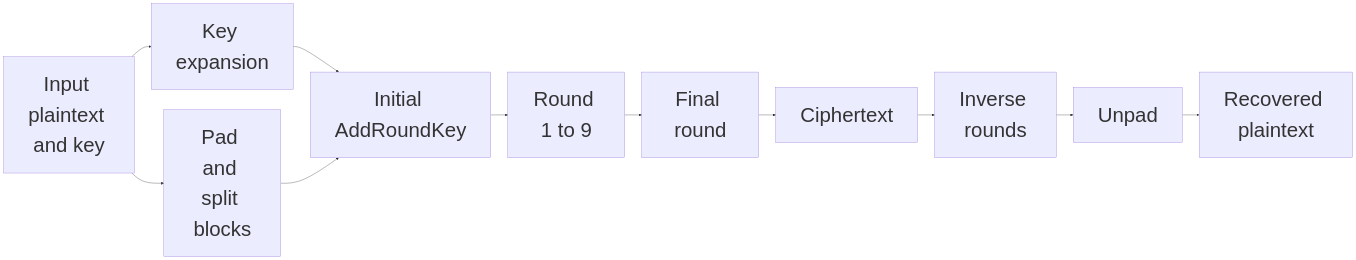
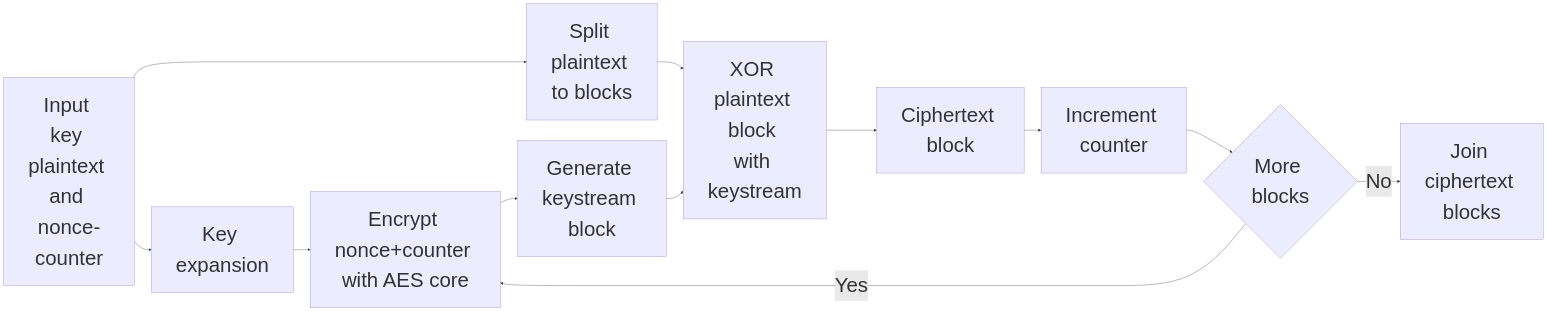
The first of 7 diagrams in docs/mermaid-diagrams.md (QuangManhAI/crypto-newbie), drawn with Mermaid before and after one commit. The commit also changed other lines of this file and 556 other files, not shown here.

````diff
--- a/docs/mermaid-diagrams.md
+++ b/docs/mermaid-diagrams.md
@@ -5,20 +5,22 @@
 ```mermaid
 %%{init: {'themeVariables': {'fontSize': '60px'}, 'flowchart': {'nodeSpacing': 60, 'rankSpacing': 50, 'padding': 36, 'curve': 'basis'}}}%%
 flowchart LR
-    A[Input plaintext and key]
+    A[Input key plaintext and nonce-counter]
     B[Key expansion]
-    C[Pad and split blocks]
-    D[Initial AddRoundKey]
-    E[Round 1 to 9]
-    F[Final round]
-    G[Ciphertext]
-    H[Inverse rounds]
-    I[Unpad]
-    J[Recovered plaintext]
+    C[Split plaintext to blocks]
+    D[Encrypt nonce+counter with AES core]
+    E[Generate keystream block]
+    F[XOR plaintext block with keystream]
+    G[Ciphertext block]
+    H[Increment counter]
+    I{More blocks}
+    J[Join ciphertext blocks]
 
     A --> B
     A --> C
     B --> D
-    C --> D
-    D --> E --> F --> G --> H --> I --> J
+    C --> F
+    D --> E --> F --> G --> H --> I
+    I -- Yes --> D
+    I -- No --> J
 ```
````
